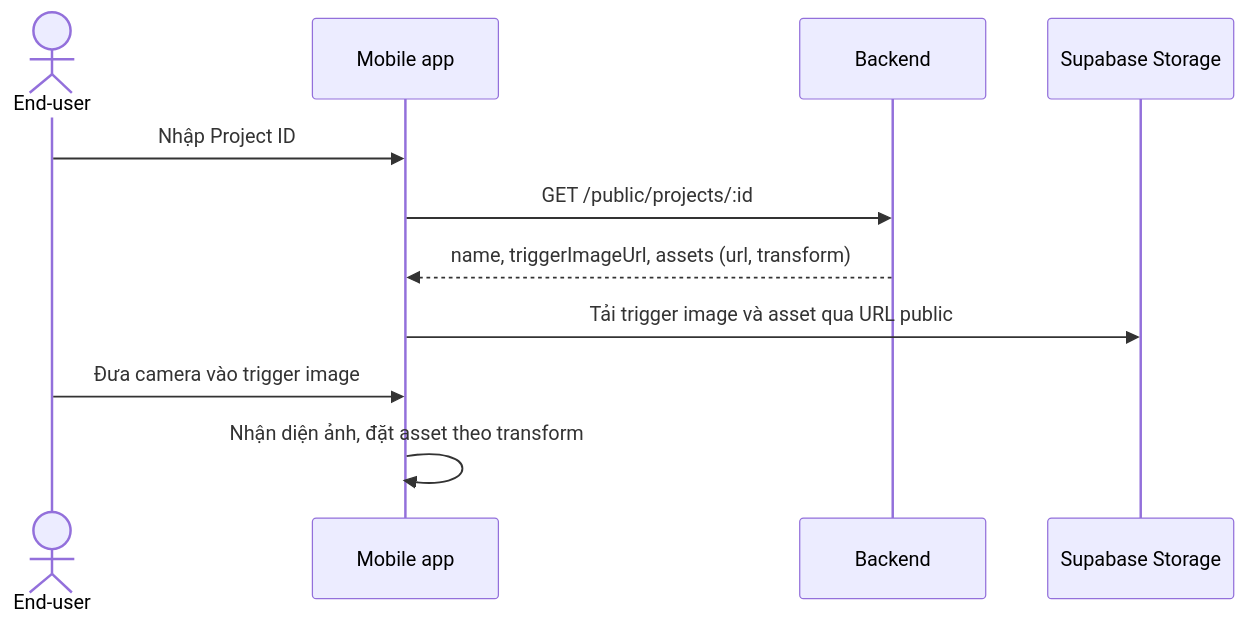
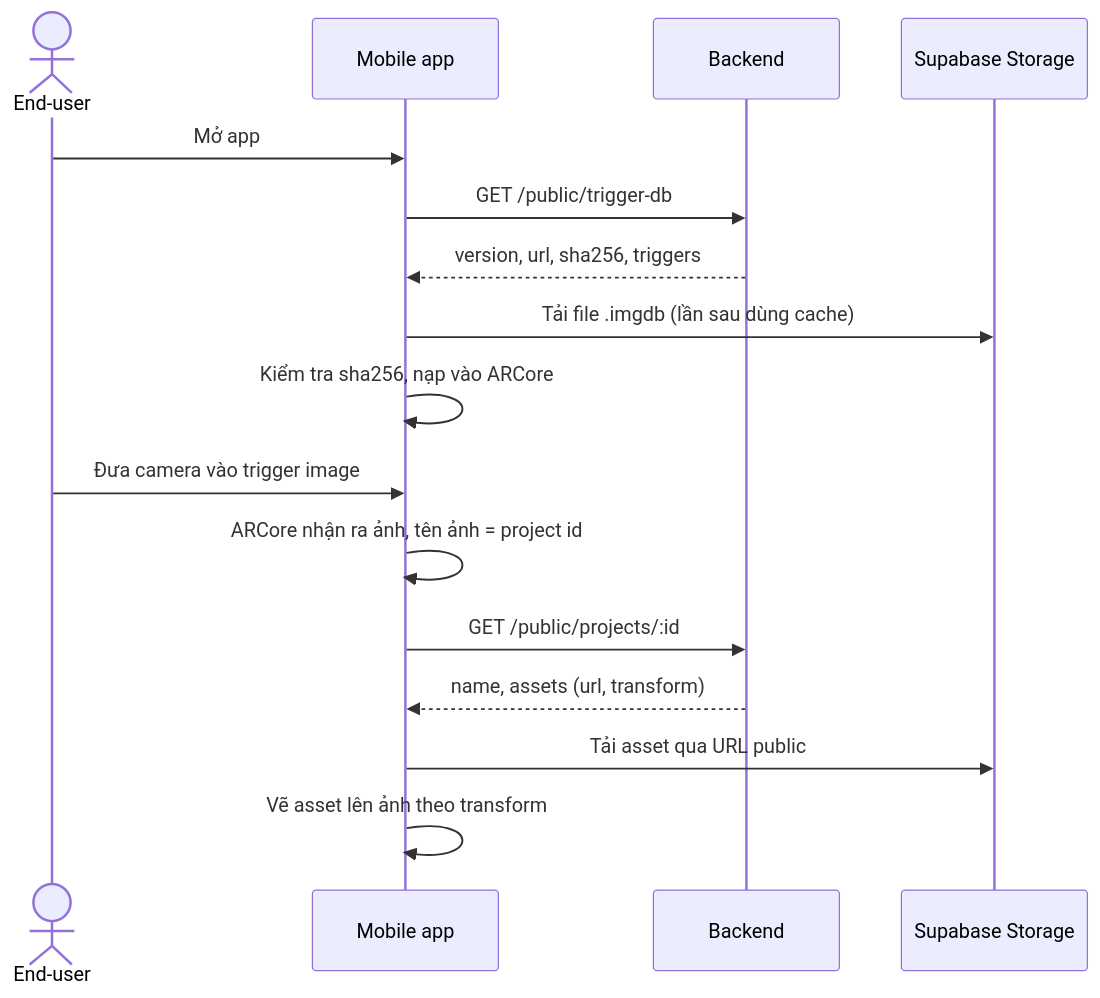
Before and after one commit to HaoKiet10/Augmented-Reality: the diagram in wiki/Mobile-App.md, drawn with Mermaid. The commit also changed other lines of this file and 11 other files, not shown here.

````diff
--- a/wiki/Mobile-App.md
+++ b/wiki/Mobile-App.md
@@ -12,13 +14,18 @@
 ```mermaid
 sequenceDiagram
     actor E as End-user
     participant M as Mobile app
     participant BE as Backend
     participant ST as Supabase Storage
-    E->>M: Nhập Project ID
+    E->>M: Mở app
+    M->>BE: GET /public/trigger-db
+    BE-->>M: version, url, sha256, triggers
+    M->>ST: Tải file .imgdb (lần sau dùng cache)
+    M->>M: Kiểm tra sha256, nạp vào ARCore
+    E->>M: Đưa camera vào trigger image
+    M->>M: ARCore nhận ra ảnh, tên ảnh = project id
     M->>BE: GET /public/projects/:id
-    BE-->>M: name, triggerImageUrl, assets (url, transform)
-    M->>ST: Tải trigger image và asset qua URL public
-    E->>M: Đưa camera vào trigger image
-    M->>M: Nhận diện ảnh, đặt asset theo transform
+    BE-->>M: name, assets (url, transform)
+    M->>ST: Tải asset qua URL public
+    M->>M: Vẽ asset lên ảnh theo transform
 ```
````
